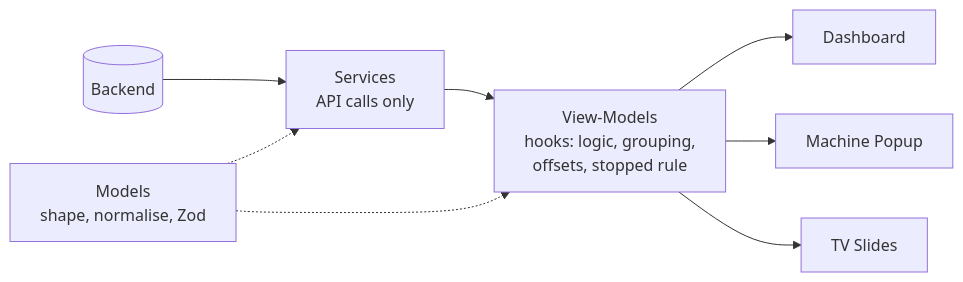
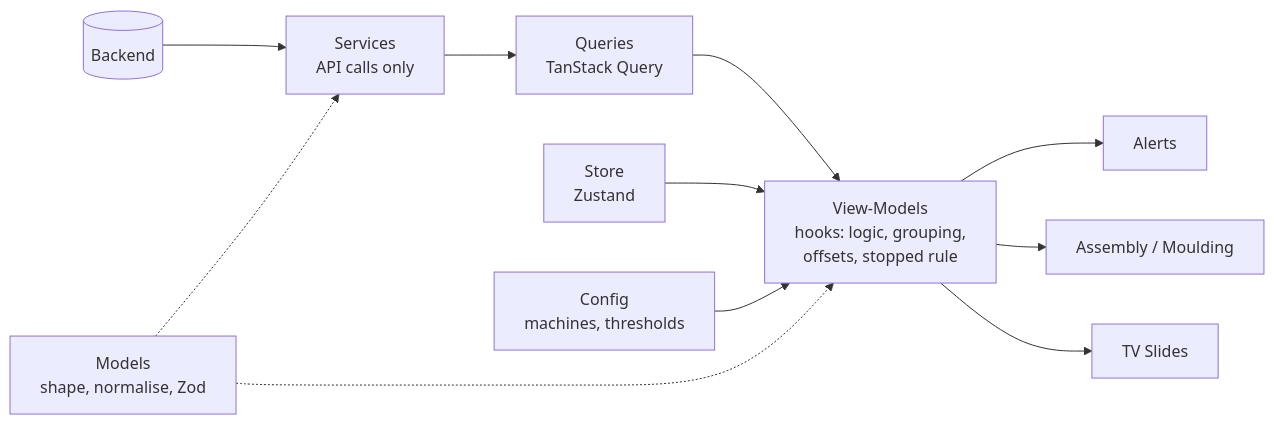
The second of 2 diagrams in README.md (chakanabhijeet/next-js), drawn with Mermaid before and after one commit. The commit also changed other lines of this file, not shown here.

````diff
--- a/README.md
+++ b/README.md
@@ -518,10 +251,13 @@
 ```mermaid
 flowchart LR
     API[(Backend)] --> S[Services<br/>API calls only]
-    S --> VM[View-Models<br/>hooks: logic, grouping,<br/>offsets, stopped rule]
-    VM --> V1[Dashboard]
-    VM --> V2[Machine Popup]
+    S --> Q[Queries<br/>TanStack Query]
+    Q --> VM[View-Models<br/>hooks: logic, grouping,<br/>offsets, stopped rule]
+    ST[Store<br/>Zustand] --> VM
+    CF[Config<br/>machines, thresholds] --> VM
+    VM --> V1[Alerts]
+    VM --> V2[Assembly / Moulding]
     VM --> V3[TV Slides]
     M[Models<br/>shape, normalise, Zod] -.-> S
     M -.-> VM
 ```
````
